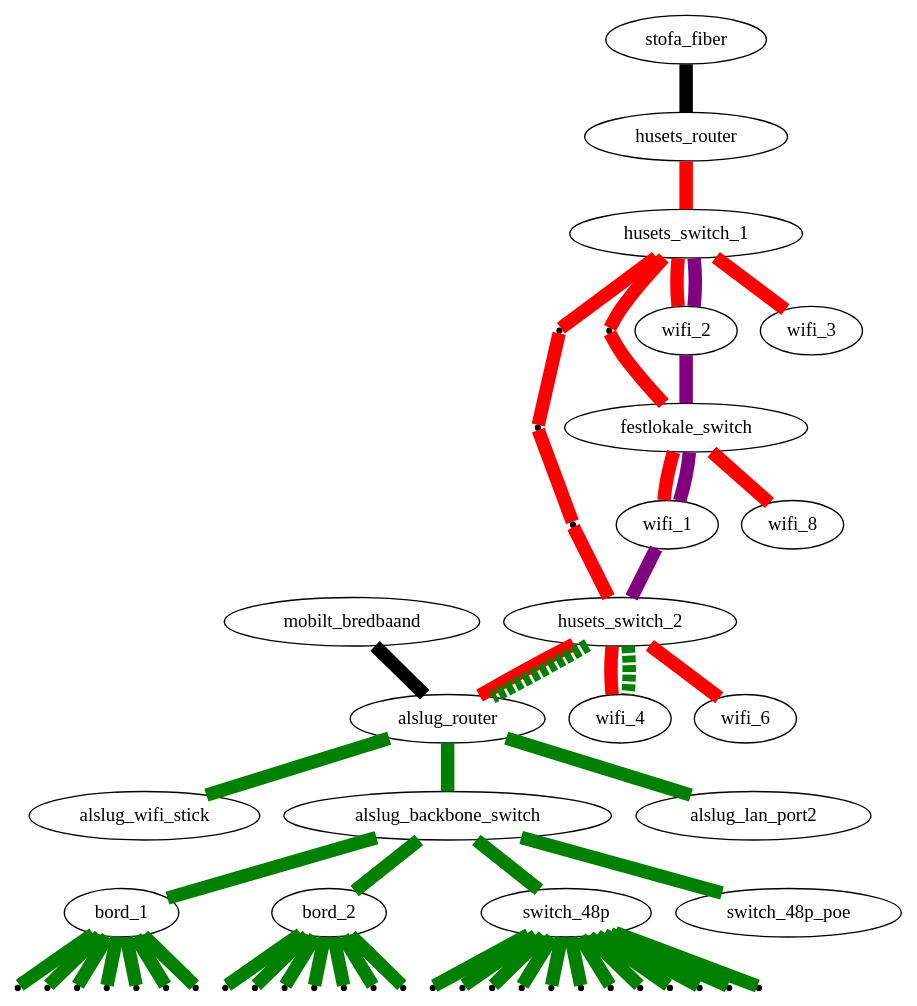
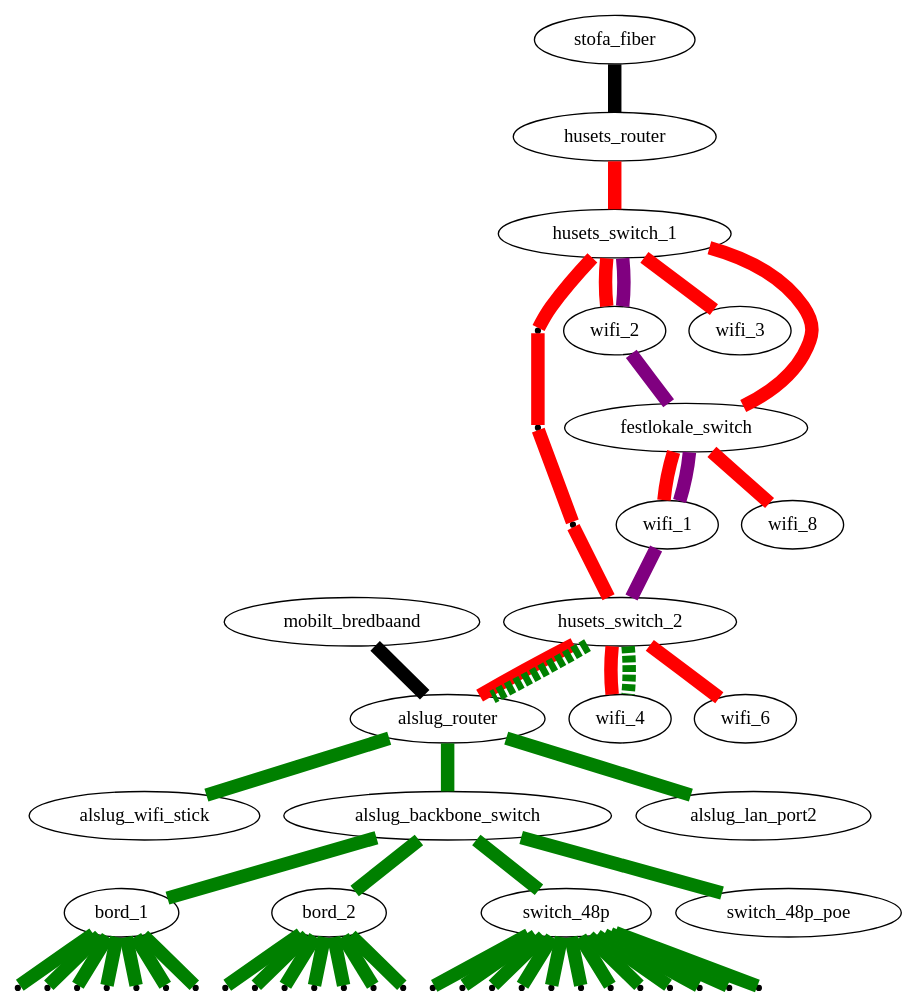
One commit to alslug/alslug.dk changed the diagram in projekter/network.dot. Above: the diagram before and after it, drawn with Graphviz.

```diff
--- a/projekter/network.dot
+++ b/projekter/network.dot
@@ -1,34 +1,33 @@
 digraph xxx {
   link_12a [ shape=point ];
   link_12b [ shape=point ];
   link_12c [ shape=point ];
-  link_1fa [ shape=point ];
   edge [ dir=none penwidth=10 ];
   
   // Internet forbindelser
   stofa_fiber      -> husets_router [ fillcolor=black style=filled ];
   mobilt_bredbaand -> alslug_router [ fillcolor=black style=filled ];
   
   // Husets forbindelser
   edge  [ color=red style=solid ];
   husets_router -> husets_switch_1 -> { wifi_2 wifi_3 };
   husets_switch_1 -> link_12a -> link_12b -> link_12c -> husets_switch_2 -> { wifi_4 wifi_6 alslug_router};
-  husets_switch_1 -> link_1fa -> festlokale_switch -> { wifi_1 wifi_8 };
+  husets_switch_1 -> festlokale_switch -> { wifi_1 wifi_8 };
 
   // VLAN forbindelser over bakkensbros netværk
   edge  [ color=green style=dashed ];
   husets_switch_2 -> { alslug_router wifi_4 };
   
   // Interne forbindelser
   edge [ color=green style=solid ];
   alslug_router -> { alslug_wifi_stick alslug_backbone_switch alslug_lan_port2 };
   alslug_backbone_switch -> { bord_1 bord_2 switch_48p switch_48p_poe }
   
   node [ shape=point ];
   bord_1 -> { bord_1_1 bord_1_2 bord_1_3 bord_1_4 bord_1_5 bord_1_6 bord_1_7 }
   bord_2 -> { bord_2_1 bord_2_2 bord_2_3 bord_2_4 bord_2_5 bord_2_6 bord_2_7 }
   switch_48p -> { switch_48p_1 switch_48p_2 switch_48p_3 switch_48p_4 switch_48p_5 switch_48p_6 switch_48p_7 switch_48p_8 switch_48p_9 switch_48p_10 switch_48p_11 switch_48p_12 }
   
   edge [ color=purple ];
   husets_switch_1 -> wifi_2 -> festlokale_switch -> wifi_1 -> husets_switch_2;
 }
```
